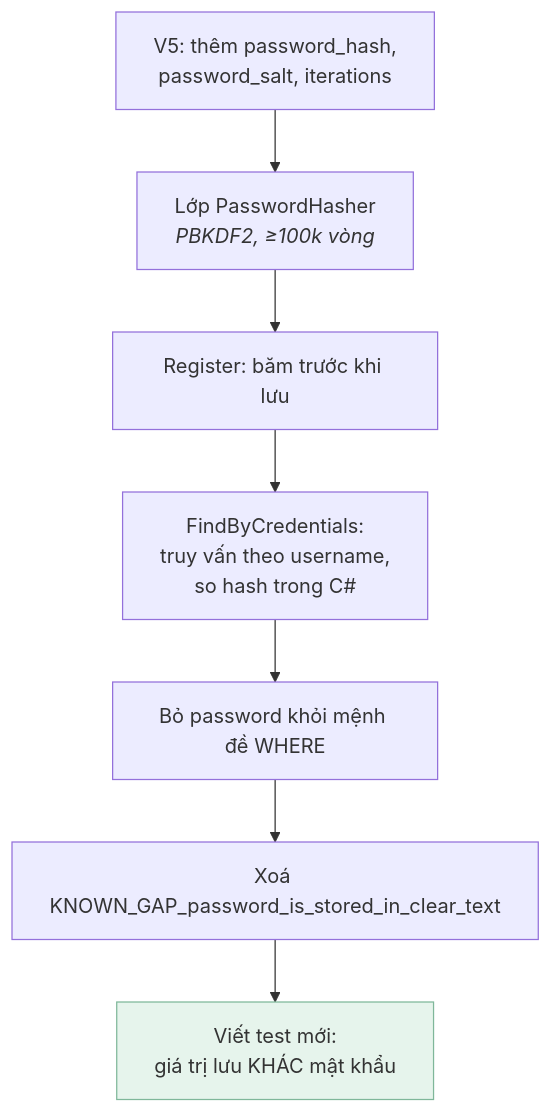
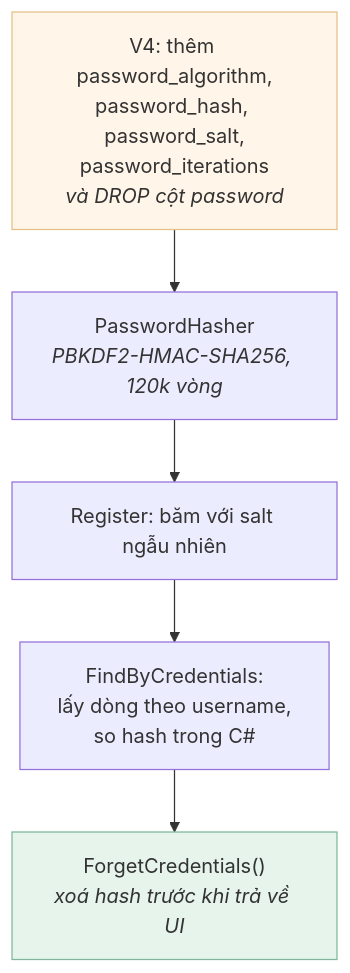
Before and after one commit to vielang/dotnet-framework-admin: the second of 2 diagrams in docs/09-bai-tap.md, drawn with Mermaid. The commit also changed other lines of this file and 13 other files, not shown here.

Commit message:
update hash for password

````diff
--- a/docs/09-bai-tap.md
+++ b/docs/09-bai-tap.md
@@ -204,11 +204,11 @@
 ```mermaid
 flowchart TD
-    A["V5: thêm password_hash,<br/>password_salt, iterations"] --> B["Lớp PasswordHasher<br/><i>PBKDF2, ≥100k vòng</i>"]
-    B --> C["Register: băm trước khi lưu"]
-    C --> D["FindByCredentials:<br/>truy vấn theo username,<br/>so hash trong C#"]
-    D --> E["Bỏ password khỏi mệnh đề WHERE"]
-    E --> F["Xoá KNOWN_GAP_password_is_stored_in_clear_text"]
-    F --> G["Viết test mới:<br/>giá trị lưu KHÁC mật khẩu"]
+    A["V4: thêm password_algorithm,<br/>password_hash, password_salt,<br/>password_iterations<br/><i>và DROP cột password</i>"]
+    A --> B["PasswordHasher<br/><i>PBKDF2-HMAC-SHA256, 120k vòng</i>"]
+    B --> C["Register: băm với salt ngẫu nhiên"]
+    C --> D["FindByCredentials:<br/>lấy dòng theo username,<br/>so hash trong C#"]
+    D --> E["ForgetCredentials()<br/><i>xoá hash trước khi trả về UI</i>"]
 
-    style G fill:#e6f4ec,stroke:#7fb79a
+    style A fill:#fff5e8,stroke:#e5bf87
+    style E fill:#e6f4ec,stroke:#7fb79a
 ```
````
